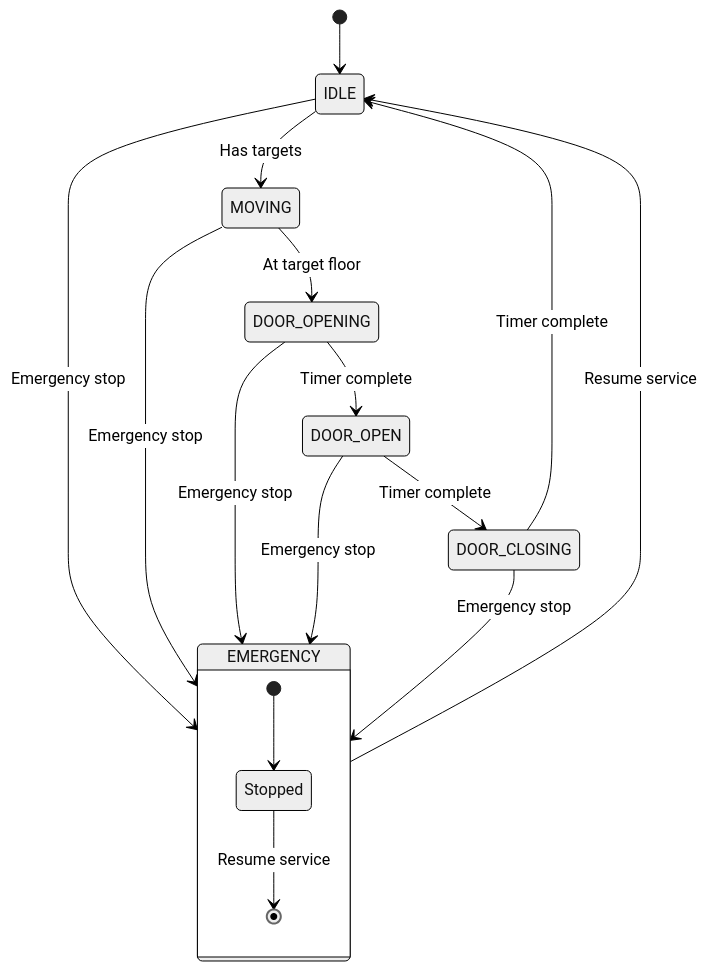
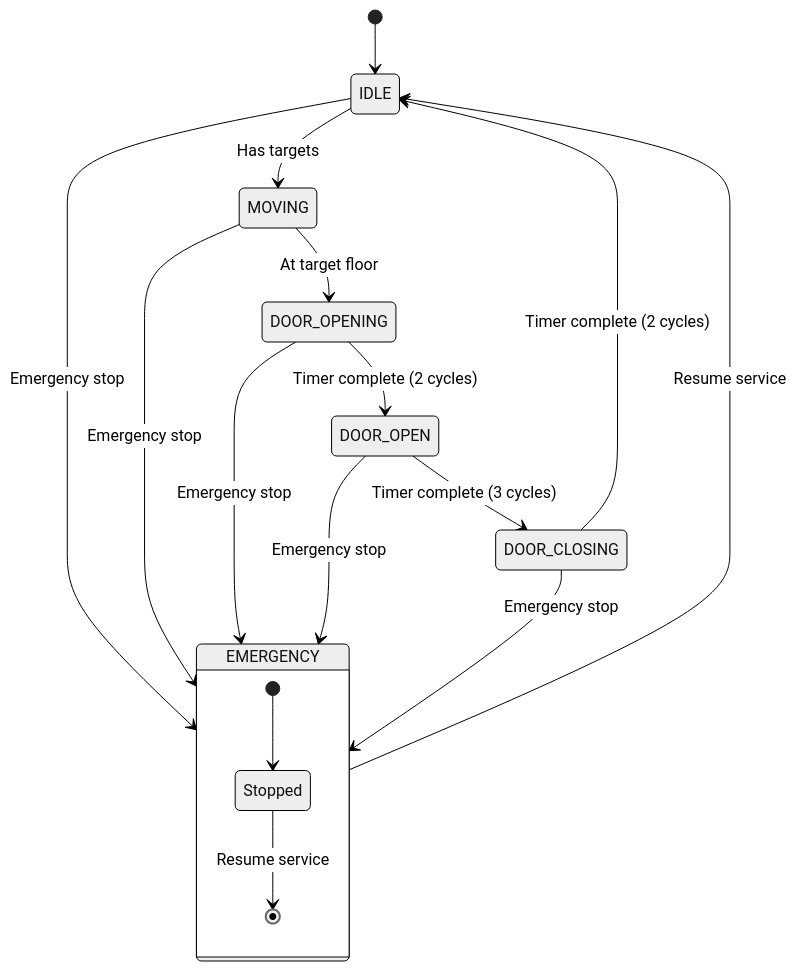
The third of 5 diagrams in docs/architecture.md (jfornear/the-elevator), drawn with Mermaid (neutral theme) before and after one commit. The commit also changed other lines of this file and 1 other file, not shown here.

````diff
--- a/docs/architecture.md
+++ b/docs/architecture.md
@@ -84,22 +114,22 @@
 ```mermaid
 stateDiagram-v2
     [*] --> IDLE
     
     IDLE --> MOVING: Has targets
     MOVING --> DOOR_OPENING: At target floor
-    DOOR_OPENING --> DOOR_OPEN: Timer complete
-    DOOR_OPEN --> DOOR_CLOSING: Timer complete
-    DOOR_CLOSING --> IDLE: Timer complete
+    DOOR_OPENING --> DOOR_OPEN: Timer complete (2 cycles)
+    DOOR_OPEN --> DOOR_CLOSING: Timer complete (3 cycles)
+    DOOR_CLOSING --> IDLE: Timer complete (2 cycles)
     
     state EMERGENCY {
         [*] --> Stopped
         Stopped --> [*]: Resume service
     }
     
     IDLE --> EMERGENCY: Emergency stop
     MOVING --> EMERGENCY: Emergency stop
     DOOR_OPENING --> EMERGENCY: Emergency stop
     DOOR_OPEN --> EMERGENCY: Emergency stop
     DOOR_CLOSING --> EMERGENCY: Emergency stop
     EMERGENCY --> IDLE: Resume service
 ```
````
